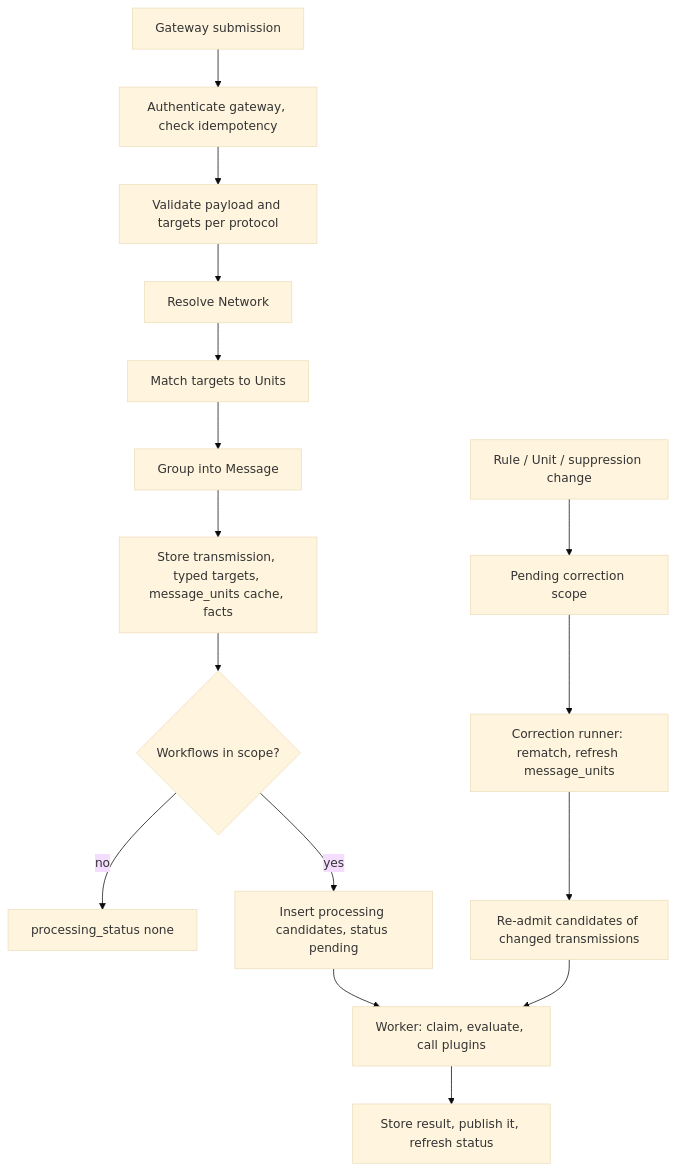
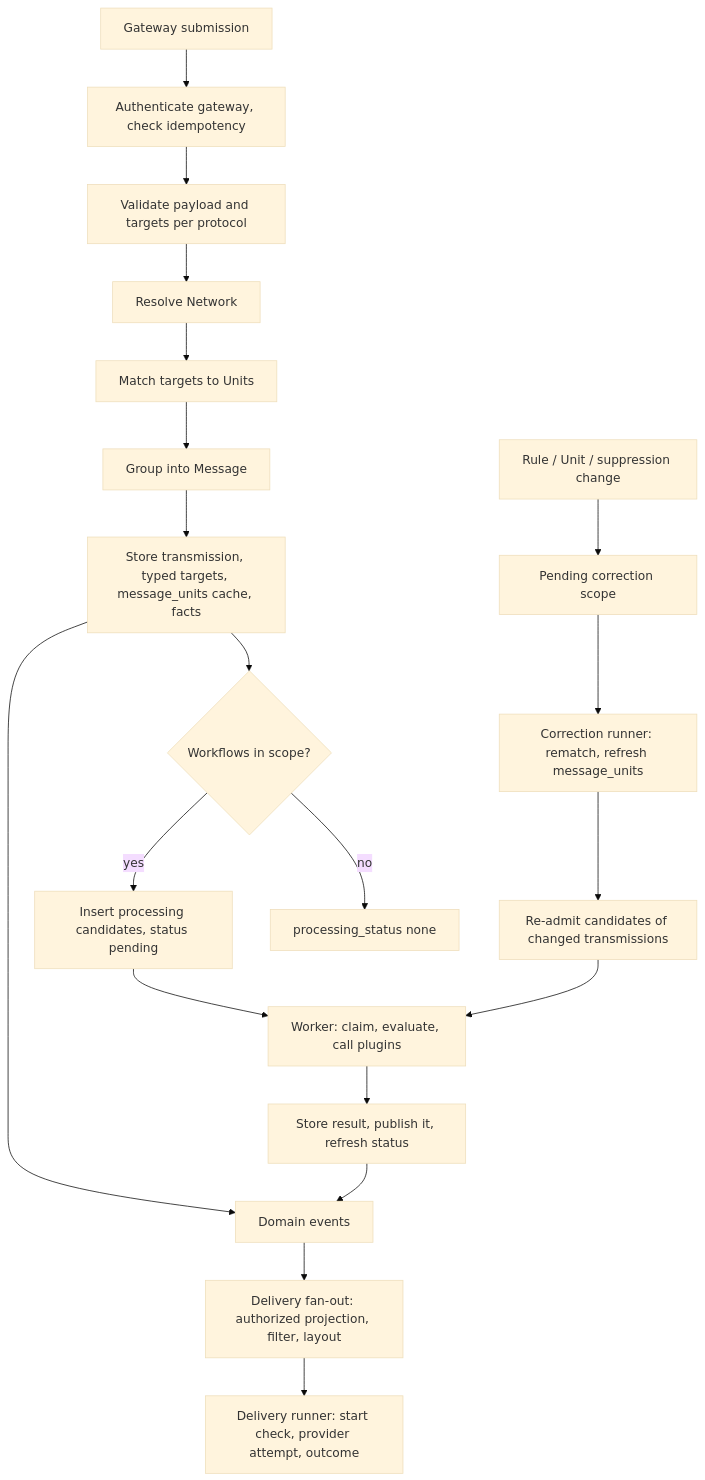
Before and after one commit to gopager/gopager: the second of 7 diagrams in docs/architecture.md, drawn with Mermaid (base theme). The commit also changed other lines of this file and 92 other files, not shown here.

First line of the commit message:
feat(delivery): subscriptions, event fan-out, delivery runner and layouts (#5)

````diff
--- a/docs/architecture.md
+++ b/docs/architecture.md
@@ -40,18 +42,22 @@
 ```mermaid
 flowchart TD
     A[Gateway submission] --> B[Authenticate gateway, check idempotency]
     B --> C[Validate payload and targets per protocol]
     C --> D[Resolve Network]
     D --> E[Match targets to Units]
     E --> F[Group into Message]
     F --> G[Store transmission, typed targets, message_units cache, facts]
     G --> H{Workflows in scope?}
     H -- no --> N[processing_status none]
     H -- yes --> I[Insert processing candidates, status pending]
     I --> J[Worker: claim, evaluate, call plugins]
     J --> K[Store result, publish it, refresh status]
     R[Rule / Unit / suppression change] --> S[Pending correction scope]
     S --> T[Correction runner: rematch, refresh message_units]
     T --> U[Re-admit candidates of changed transmissions]
     U --> J
+    G --> V[Domain events]
+    K --> V
+    V --> W[Delivery fan-out: authorized projection, filter, layout]
+    W --> X[Delivery runner: start check, provider attempt, outcome]
 ```
````
